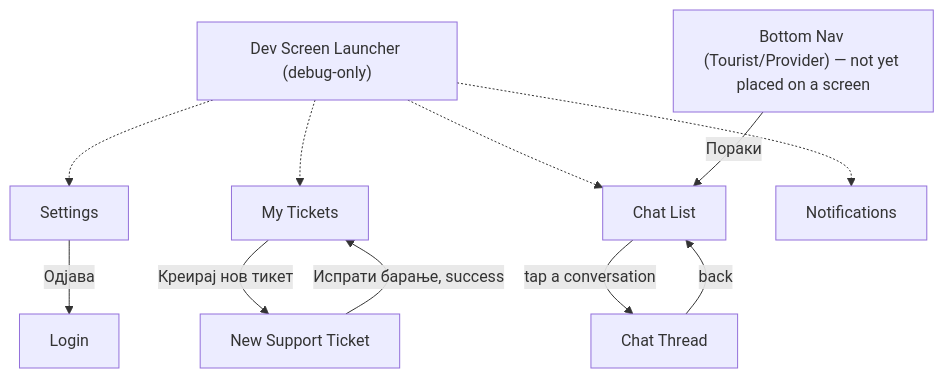
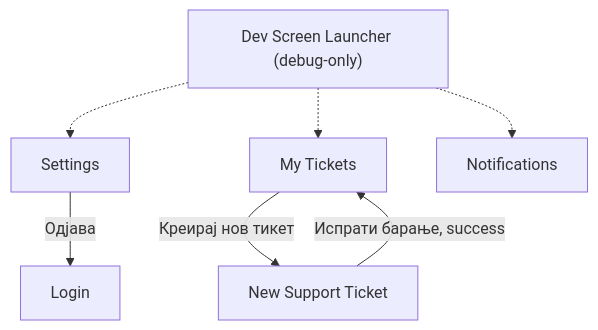
The third of 3 diagrams in PROJECT_PROGRESS.md (mblerona/bulka-frontend), drawn with Mermaid before and after one commit. The commit also changed other lines of this file and 30 other files, not shown here.

Commit message:
Implemented rest of current provider screens and some of the logic flow

````diff
--- a/PROJECT_PROGRESS.md
+++ b/PROJECT_PROGRESS.md
@@ -64,13 +92,9 @@
 ```mermaid
 flowchart TD
     DevLauncher["Dev Screen Launcher (debug-only)"] -.-> Settings
     DevLauncher -.-> MyTickets["My Tickets"]
-    DevLauncher -.-> ChatList["Chat List"]
     DevLauncher -.-> Notifications
-    BottomNav["Bottom Nav (Tourist/Provider) — not yet placed on a screen"] -->|"Пораки"| ChatList
     MyTickets -->|Креирај нов тикет| NewTicket["New Support Ticket"]
     NewTicket -->|Испрати барање, success| MyTickets
-    ChatList -->|tap a conversation| ChatThread["Chat Thread"]
-    ChatThread -->|back| ChatList
     Settings -->|Одјава| Login
 ```
````
